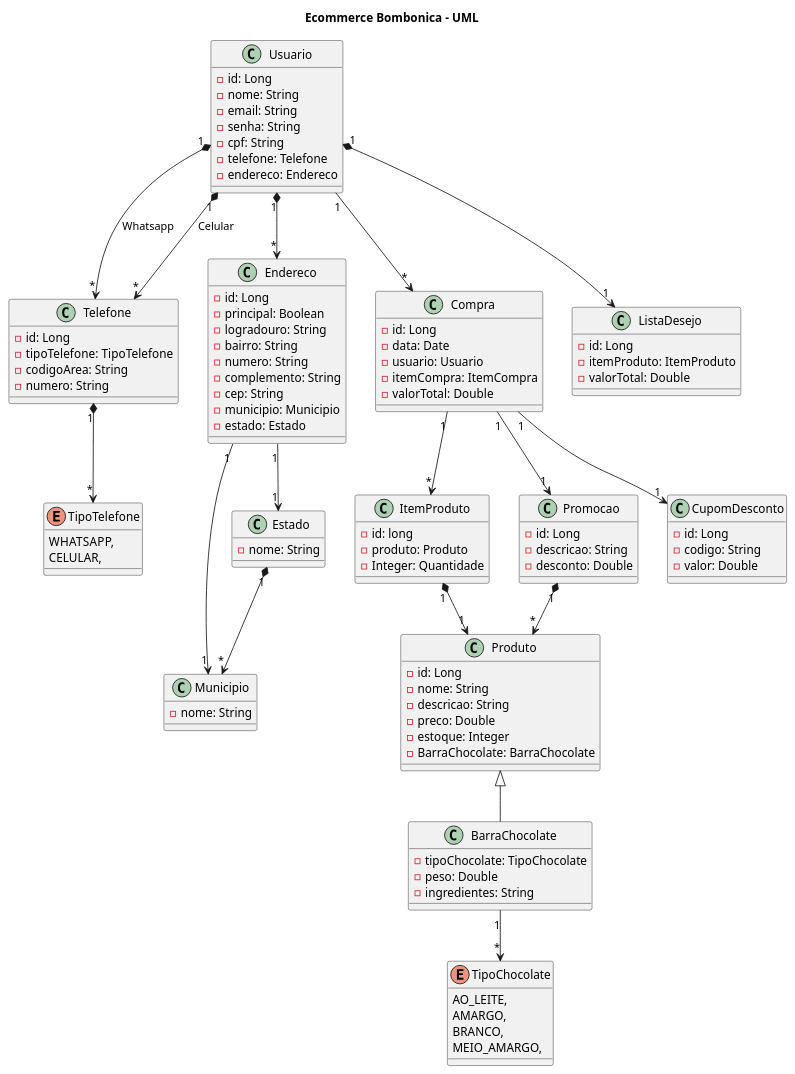
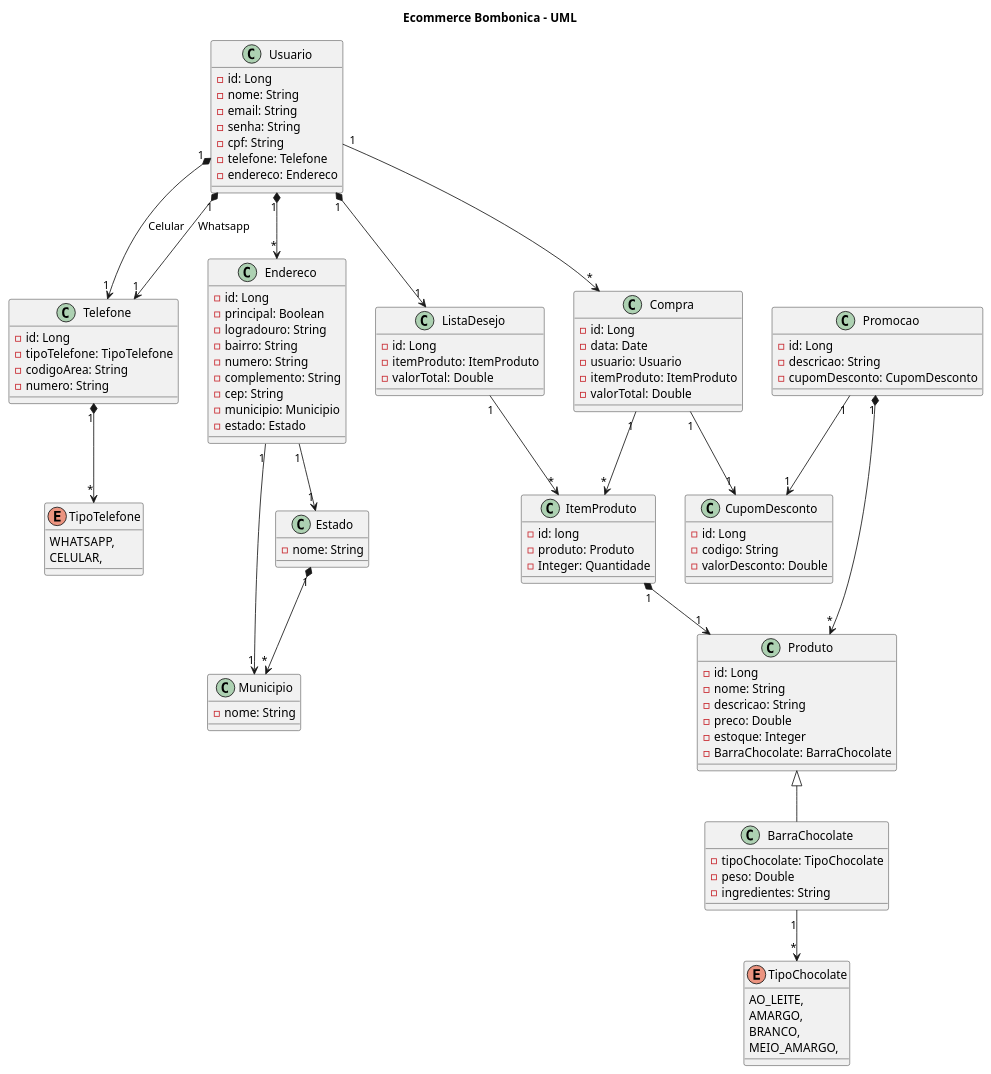
Before and after one commit to muniznicole/EcommerceBombonica: the diagram in bombonica_uml/Bombonica.plantuml, drawn with PlantUML.

```diff
--- a/bombonica_uml/Bombonica.plantuml
+++ b/bombonica_uml/Bombonica.plantuml
@@ -1,122 +1,123 @@
 @startuml Bombonica
 
     title Ecommerce Bombonica - UML
 
     class Usuario {
         - id: Long
         - nome: String
         - email: String
         - senha: String
         - cpf: String
         - telefone: Telefone
         - endereco: Endereco
     }
 
     class Telefone {
         - id: Long
         - tipoTelefone: TipoTelefone
         - codigoArea: String
         - numero: String
     }
 
     enum TipoTelefone {
         WHATSAPP,
         CELULAR,
     }
 
     class Endereco {
         - id: Long
         - principal: Boolean
         - logradouro: String
         - bairro: String
         - numero: String
         - complemento: String
         - cep: String
         - municipio: Municipio
         - estado: Estado
     }
 
     class Municipio{
         - nome: String
     }
 
     class Estado {
         - nome: String
     }
 
     class Compra {
         - id: Long
         - data: Date
         - usuario: Usuario
-        - itemCompra: ItemCompra
+        - itemProduto: ItemProduto
         - valorTotal: Double 
     }
 
     class ItemProduto {
         - id: long
         - produto: Produto
         - Integer: Quantidade
     }
 
     class Produto {
         - id: Long
         - nome: String
         - descricao: String
         - preco: Double
         - estoque: Integer
         - BarraChocolate: BarraChocolate
     }
 
     class BarraChocolate {
         - tipoChocolate: TipoChocolate
         - peso: Double
         - ingredientes: String
     }
 
     enum TipoChocolate {
         AO_LEITE,
         AMARGO,
         BRANCO,
         MEIO_AMARGO,
     }
 
     class Promocao {
         - id: Long
         - descricao: String
-        - desconto: Double
+	- cupomDesconto: CupomDesconto
     }
 
     class CupomDesconto {
         - id: Long
         - codigo: String
-        - valor: Double
+        - valorDesconto: Double
     }
 
     class ListaDesejo {
         - id: Long
         - itemProduto: ItemProduto
         - valorTotal: Double
     }
 
-    Usuario "1" *--> "*" Telefone: Whatsapp
-    Usuario "1" *--> "*" Telefone: Celular
+    Usuario "1" *--> "1" Telefone: Whatsapp
+    Usuario "1" *--> "1" Telefone: Celular
     Telefone "1" *--> "*" TipoTelefone
 
     Usuario "1" *--> "*" Endereco
     Endereco "1" --> "1" Municipio
     Endereco "1" --> "1" Estado
     Estado "1" *--> "*" Municipio
 
     Usuario "1" --> "*" Compra
     Compra "1" --> "*" ItemProduto
     ItemProduto "1" *--> "1" Produto
     BarraChocolate "1" --> "*" TipoChocolate 
     
     Produto <|-- BarraChocolate
 
     Usuario "1" *--> "1" ListaDesejo
-    Compra "1" --> "1" Promocao
+    ListaDesejo "1" --> "*" ItemProduto 	
     Compra "1" --> "1" CupomDesconto
+    Promocao "1" --> "1" CupomDesconto
     Promocao "1" *--> "*" Produto
 
 @enduml
```
